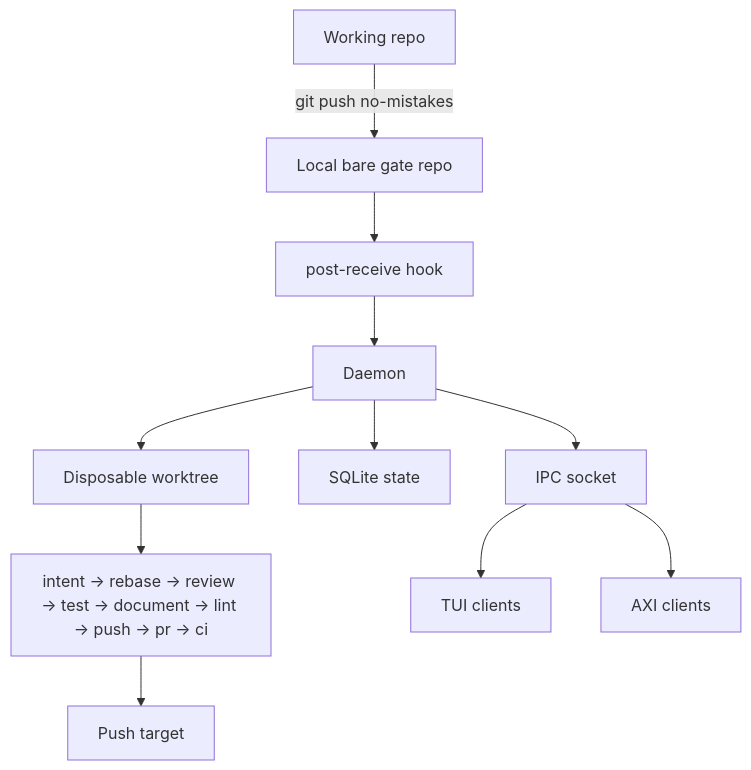
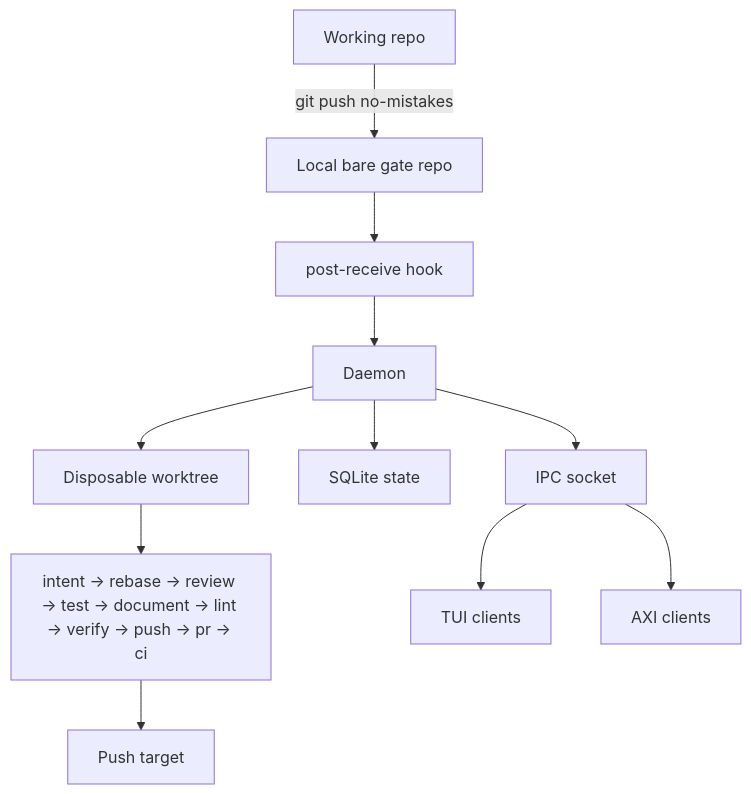
The diagram in docs/src/content/docs/concepts/gate-model.md (kunchenguid/no-mistakes), drawn with Mermaid before and after one commit. The commit also changed other lines of this file and 28 other files, not shown here.

````diff
--- a/docs/src/content/docs/concepts/gate-model.md
+++ b/docs/src/content/docs/concepts/gate-model.md
@@ -14,13 +14,13 @@
 ```mermaid
 flowchart TD
   repo["Working repo"] -->|"git push no-mistakes"| gate["Local bare gate repo"]
   gate --> hook["post-receive hook"]
   hook --> daemon["Daemon"]
   daemon --> worktree["Disposable worktree"]
-  worktree --> pipeline["intent -> rebase -> review -> test -> document -> lint -> push -> pr -> ci"]
+  worktree --> pipeline["intent -> rebase -> review -> test -> document -> lint -> verify -> push -> pr -> ci"]
   pipeline --> target["Push target"]
   daemon --> db["SQLite state"]
   daemon --> ipc["IPC socket"]
   ipc --> tui["TUI clients"]
   ipc --> axi["AXI clients"]
 ```
````
